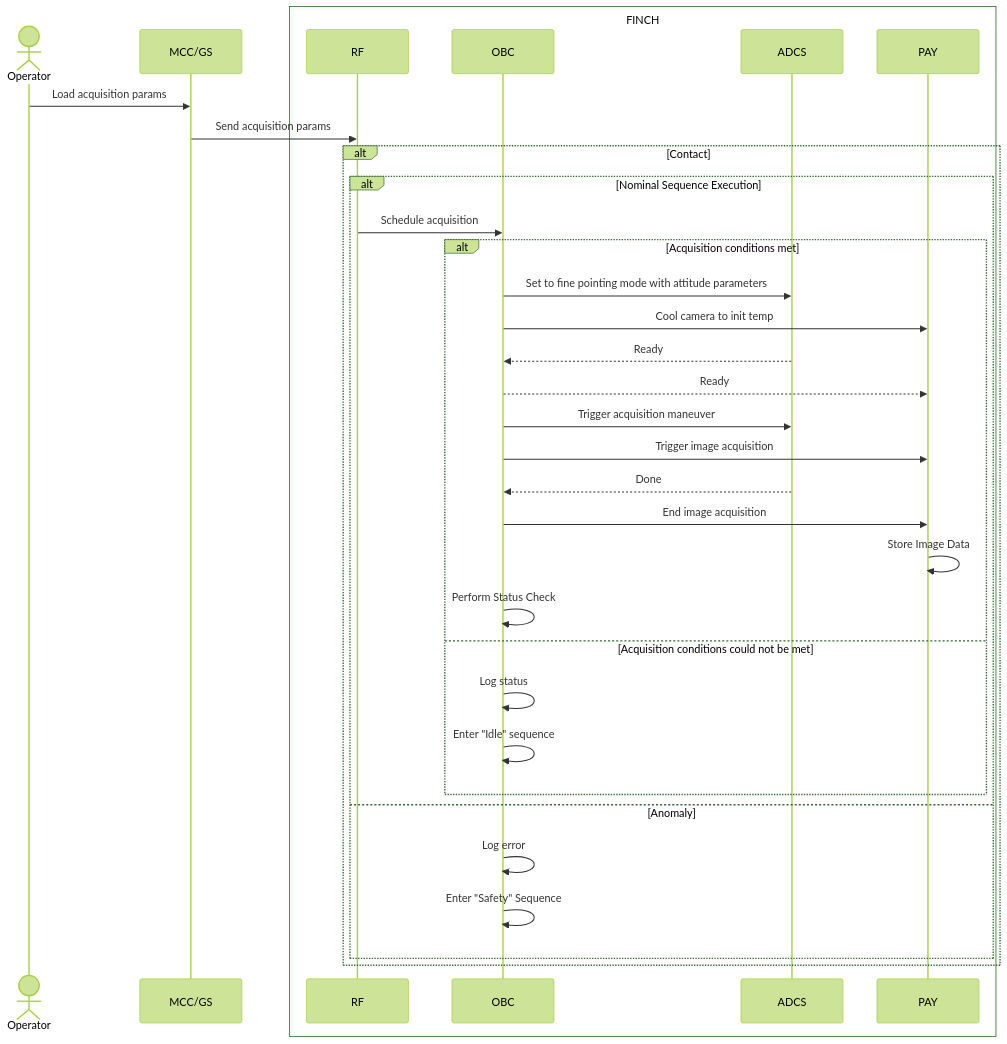
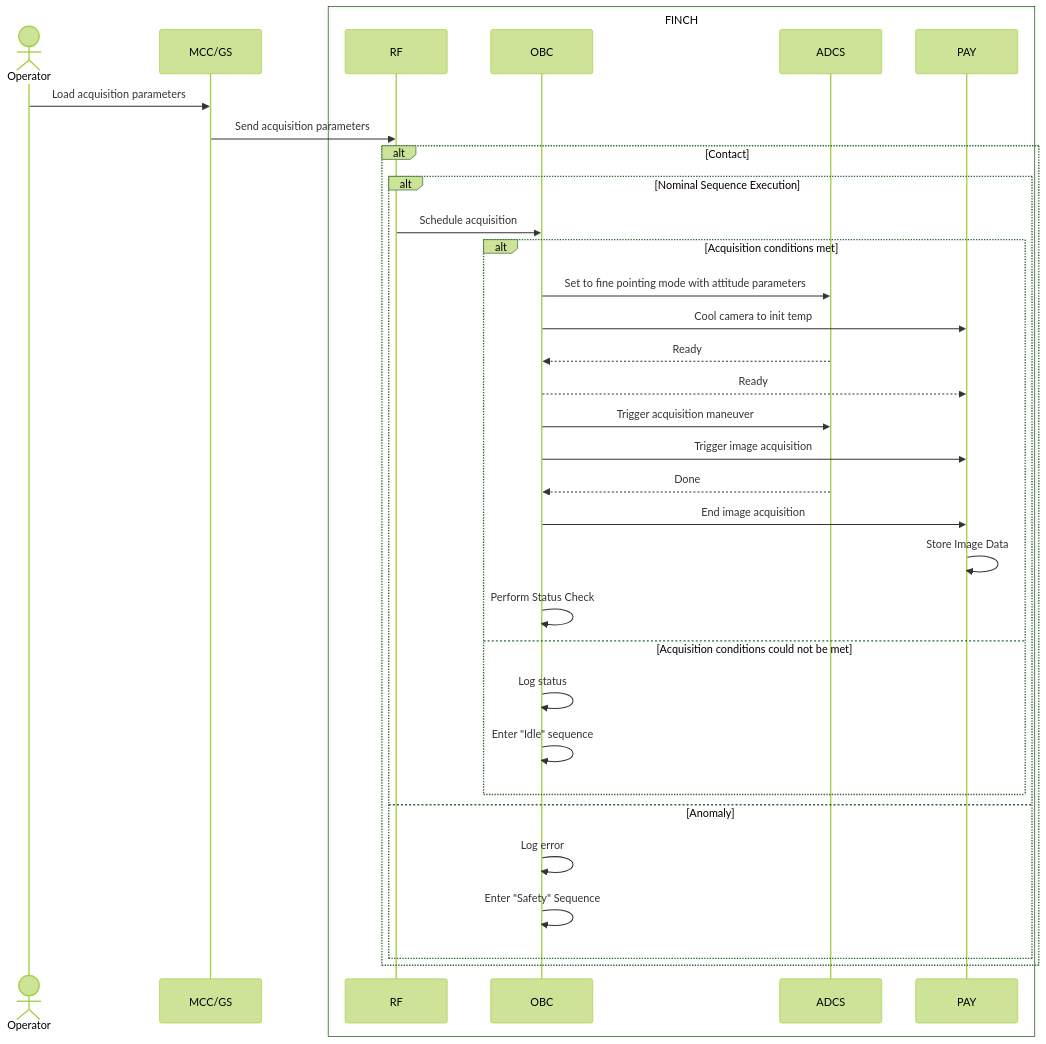
The diagram in command sequences/acquisition-command.md (utat-ss/FINCH-sequence-diagrams), drawn with Mermaid (forest theme) before and after one commit.

````diff
--- a/command sequences/acquisition-command.md
+++ b/command sequences/acquisition-command.md
@@ -2,44 +2,44 @@
 ```mermaid
 sequenceDiagram
     Actor Operator
     participant MCC/GS
     box FINCH
         participant RF
         participant OBC
         participant ADCS
         participant PAY
     end
 
-    Operator->>MCC/GS: Load acquisition params
-    MCC/GS->>RF: Send acquisition params
+    Operator->>MCC/GS: Load acquisition parameters
+    MCC/GS->>RF: Send acquisition parameters
 
     alt Contact
         alt Nominal Sequence Execution
             RF->>OBC: Schedule acquisition
     
             alt Acquisition conditions met
                 OBC->>ADCS: Set to fine pointing mode with attitude parameters
                 OBC->>PAY: Cool camera to init temp
                 ADCS-->>OBC: Ready
                 OBC-->>PAY: Ready
     
                 OBC->>ADCS: Trigger acquisition maneuver
                 OBC->>PAY: Trigger image acquisition
                 ADCS-->>OBC: Done
                 OBC->>PAY: End image acquisition
                 PAY->>PAY: Store Image Data
 
                 OBC->>OBC: Perform Status Check
     
             else Acquisition conditions could not be met
                 OBC->>OBC: Log status
                 OBC->>OBC: Enter "Idle" sequence
             end
         else Anomaly
             OBC->>OBC: Log error
             OBC->>OBC: Enter "Safety" Sequence
         end
 end
     
 
 ```
````
